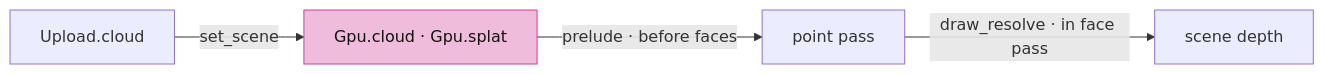
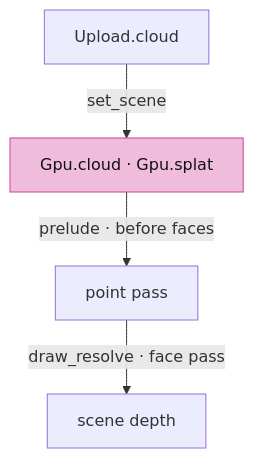
The sixth of 6 diagrams in session_viewer/docs/04d-clouds.md (petrasvestartas/session), drawn with Mermaid before and after one commit. The commit also changed other lines of this file and 34 other files, not shown here.

First line of the commit message:
Course: each lesson teaches its file's final form; diagrams fit the column

````diff
--- a/session_viewer/docs/04d-clouds.md
+++ b/session_viewer/docs/04d-clouds.md
@@ -144,7 +144,7 @@
 ```mermaid
-flowchart LR
+flowchart TB
     U["Upload.cloud"] -- "set_scene" --> G["Gpu.cloud · Gpu.splat"]
     G -- "prelude · before faces" --> PP["point pass"]
-    PP -- "draw_resolve · in face pass" --> F["scene depth"]
+    PP -- "draw_resolve · face pass" --> F["scene depth"]
     style G fill:#f0bcdb,stroke:#ce4095,color:#111
 ```
````
